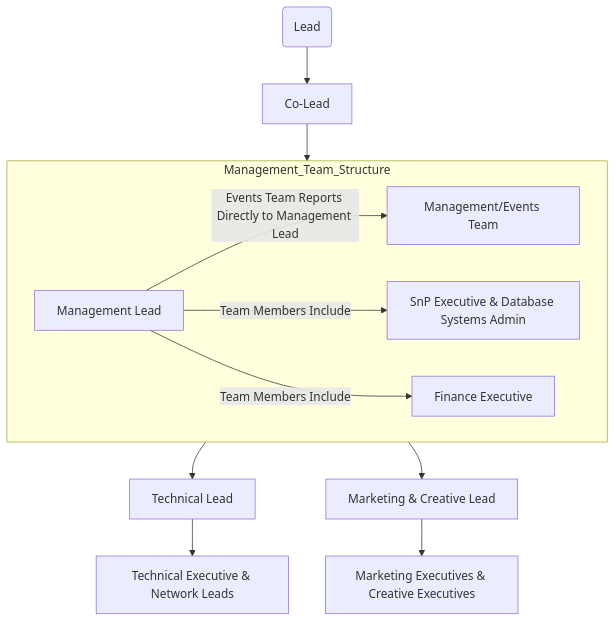
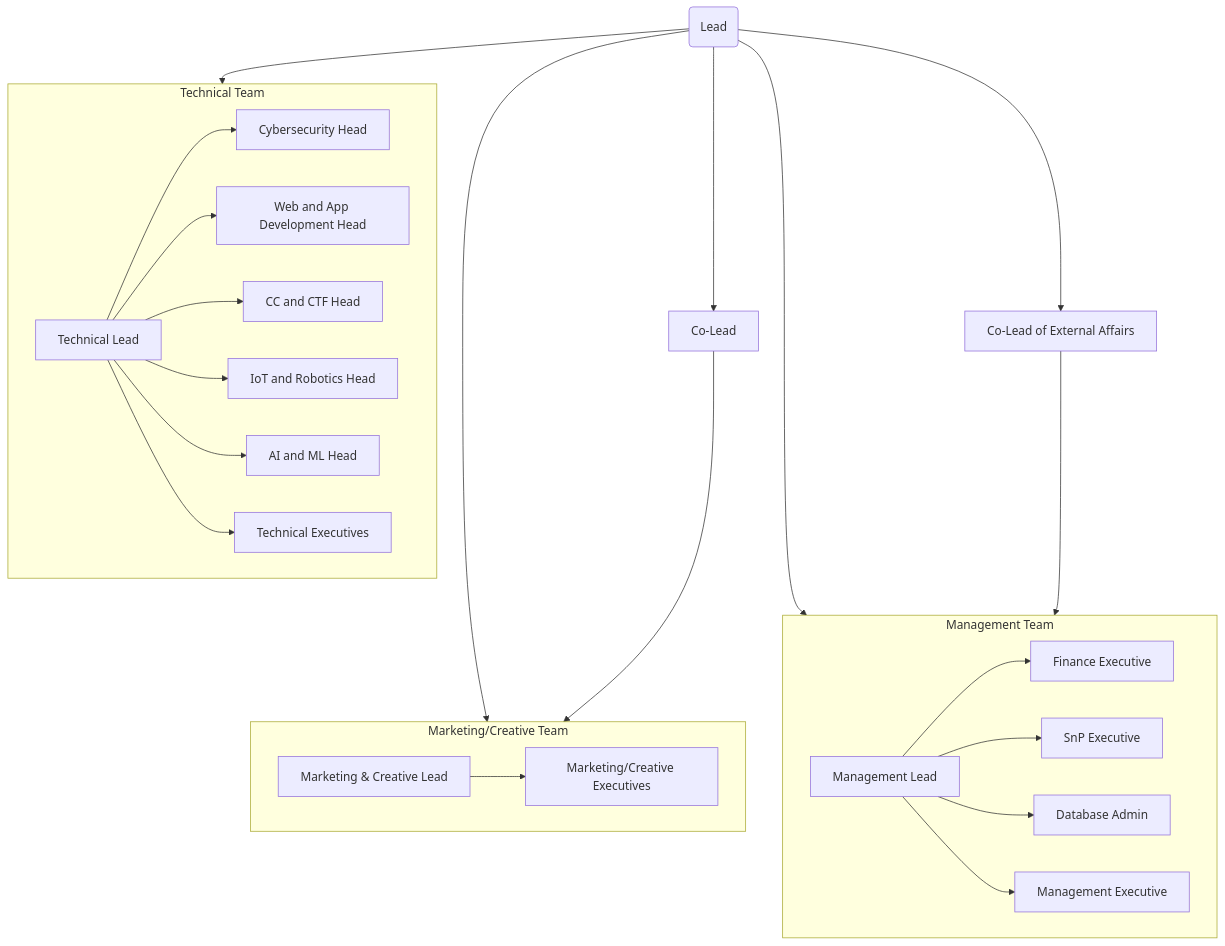
The diagram in docs/council_structure.md (gdscbpdc/GDSC-SnP), drawn with Mermaid before and after one commit. The commit also changed other lines of this file, not shown here.

````diff
--- a/docs/council_structure.md
+++ b/docs/council_structure.md
@@ -1,16 +1,34 @@
 ```mermaid
 flowchart TD
-    A("Lead") --> B["Co-Lead"]
-    B --> C["Management Lead"]
-    C-->D["Technical Lead"]
-    C-->E["Marketing & Creative Lead"]    
+    LE("Lead") --> CO["Co-Lead"]
+    LE --> MGMT["Management Lead"]
+    LE --> EX["Co-Lead of External Affairs"]
+    LE --> TE["Technical Lead"]
+    LE --> MC["Marketing & Creative Lead"]
 
-    D-->T["Technical Executive & Network Leads"] 
-    E-->M["Marketing Executives & Creative Executives"]
-    subgraph Management_Team_Structure
+    CO --> MC
+    EX --> MGMT
+
+    subgraph Management Team
         direction LR
-        C-->|Events Team Reports Directly to Management Lead | I["Management/Events Team"]
-        C-->| Team Members Include | EX["SnP Executive & Database Systems Admin"]
-        C-->| Team Members Include | FI["Finance Executive"]
+        MGMT --> MG1["Finance Executive"]
+        MGMT --> MG2["SnP Executive"]
+        MGMT --> MG3["Database Admin"]
+        MGMT --> MG4["Management Executive"]
+    end
+
+    subgraph Technical Team
+        direction LR
+        TE --> TH1["Cybersecurity Head"]
+        TE --> TH2["Web and App Development Head"]
+        TE --> TH3["CC and CTF Head"]
+        TE --> TH4["IoT and Robotics Head"]
+        TE --> TH5["AI and ML Head"]
+        TE --> TH6["Technical Executives"]
+    end
+
+    subgraph Marketing/Creative Team
+        direction LR
+        MC --> TMC1["Marketing/Creative Executives"]
     end
 ```
````
